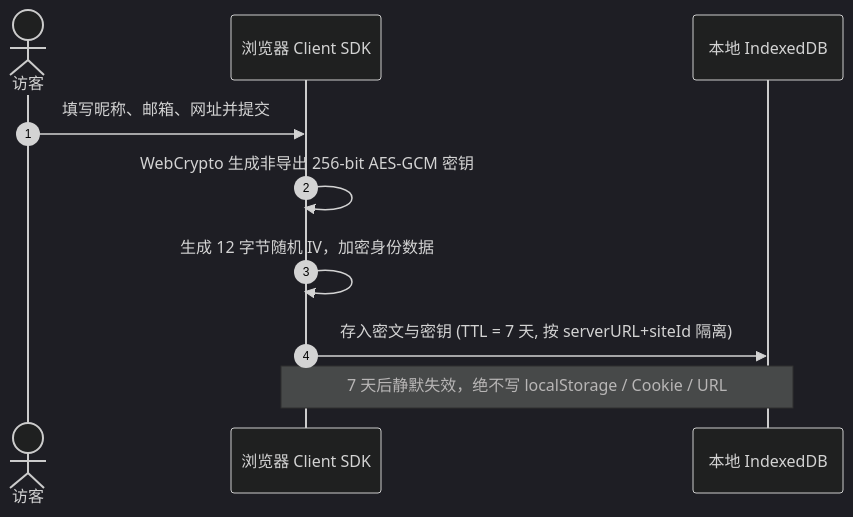
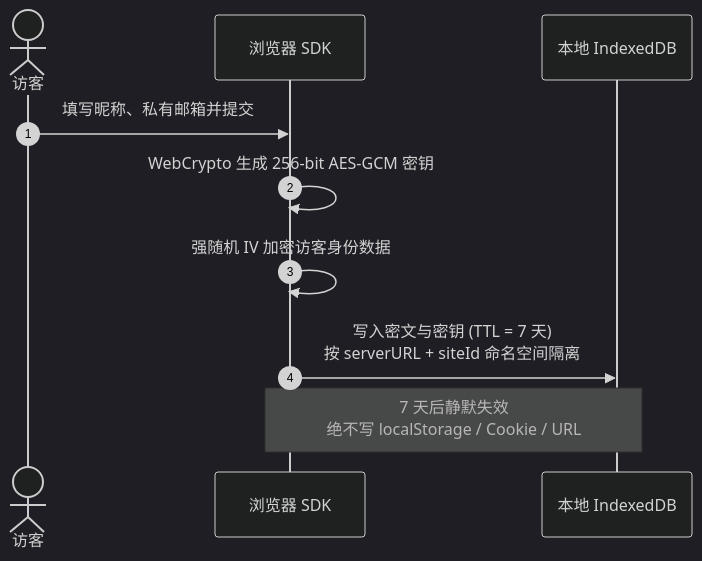
One commit to DejavuMoe/Ecoku changed the second of 3 diagrams in docs/guide/concepts.md. Above: the diagram before and after it, drawn with Mermaid (dark theme). The commit also changed 71 other files, not shown here.

First line of the commit message:
docs: audit documentation facts, align API contracts, and optimize diagram layouts

````diff
--- a/docs/guide/concepts.md
+++ b/docs/guide/concepts.md
@@ -71,13 +71,13 @@
 ```mermaid
 sequenceDiagram
     autonumber
     actor Visitor as 访客
-    participant SDK as 浏览器 Client SDK
+    participant SDK as 浏览器 SDK
     participant IDB as 本地 IndexedDB
 
-    Visitor->>SDK: 填写昵称、邮箱、网址并提交
-    SDK->>SDK: WebCrypto 生成非导出 256-bit AES-GCM 密钥
-    SDK->>SDK: 生成 12 字节随机 IV，加密身份数据
-    SDK->>IDB: 存入密文与密钥 (TTL = 7 天, 按 serverURL+siteId 隔离)
-    Note over SDK,IDB: 7 天后静默失效，绝不写 localStorage / Cookie / URL
+    Visitor->>SDK: 填写昵称、私有邮箱并提交
+    SDK->>SDK: WebCrypto 生成 256-bit AES-GCM 密钥
+    SDK->>SDK: 强随机 IV 加密访客身份数据
+    SDK->>IDB: 写入密文与密钥 (TTL = 7 天)<br/>按 serverURL + siteId 命名空间隔离
+    Note over SDK,IDB: 7 天后静默失效<br/>绝不写 localStorage / Cookie / URL
 ```
````
